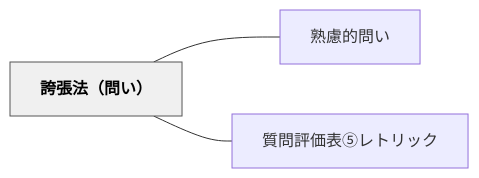
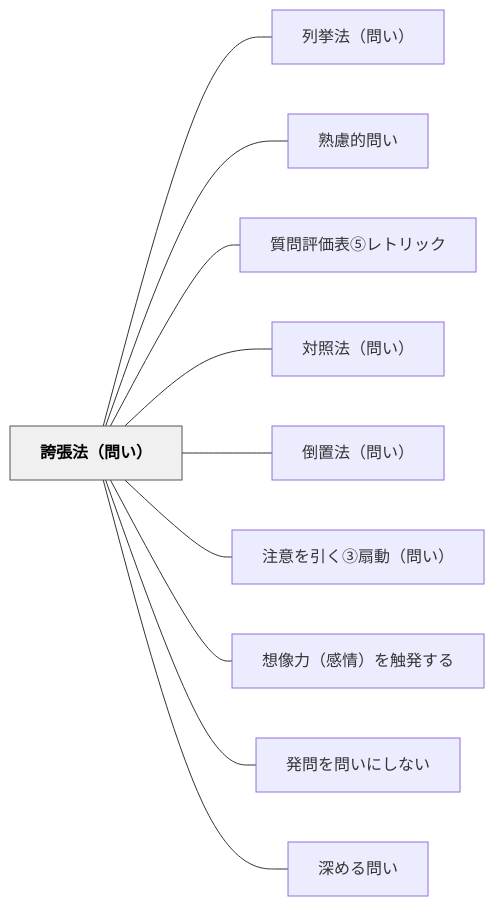
One commit to unknownthings-ed-patterns/unknownthings-ed-patterns changed the diagram in content/パタン/誇張法（問い）.md. Above: the diagram before and after it, drawn with Mermaid. The commit also changed other lines of this file and 44 other files, not shown here.

````diff
--- a/content/パタン/誇張法（問い）.md
+++ b/content/パタン/誇張法（問い）.md
@@ -47,12 +54,26 @@
 ```mermaid
 flowchart LR
     ne8aa87e5bcb5e6b395efbc88e5958fe38184efbc89["誇張法（問い）"]
+    ne58897e68c99e6b395efbc88e5958fe38184efbc89["列挙法（問い）"]
     ne7869fe685aee79a84e5958fe38184["熟慮的問い"]
     ne8b3aae5958fe8a995e4bea1e8a1a8e291a4e383ace38388e383aae38383e382af["質問評価表⑤レトリック"]
+    ne5afbee785a7e6b395efbc88e5958fe38184efbc89["対照法（問い）"]
+    ne58092e7bdaee6b395efbc88e5958fe38184efbc89["倒置法（問い）"]
+    ne6b3a8e6848fe38292e5bc95e3818fe291a2e68987e58b95efbc88e5958fe38184efbc89["注意を引く③扇動（問い）"]
+    ne683b3e5838fe58a9befbc88e6849fe68385efbc89e38292e8a7a6e799bae38199e3828b["想像力（感情）を触発する"]
+    ne799bae5958fe38292e5958fe38184e381abe38197e381aae38184["発問を問いにしない"]
+    ne6b7b1e38281e3828be5958fe38184["深める問い"]
 
+    ne8aa87e5bcb5e6b395efbc88e5958fe38184efbc89 --- ne58897e68c99e6b395efbc88e5958fe38184efbc89
     ne8aa87e5bcb5e6b395efbc88e5958fe38184efbc89 --- ne7869fe685aee79a84e5958fe38184
     ne8aa87e5bcb5e6b395efbc88e5958fe38184efbc89 --- ne8b3aae5958fe8a995e4bea1e8a1a8e291a4e383ace38388e383aae38383e382af
+    ne8aa87e5bcb5e6b395efbc88e5958fe38184efbc89 --- ne5afbee785a7e6b395efbc88e5958fe38184efbc89
+    ne8aa87e5bcb5e6b395efbc88e5958fe38184efbc89 --- ne58092e7bdaee6b395efbc88e5958fe38184efbc89
+    ne8aa87e5bcb5e6b395efbc88e5958fe38184efbc89 --- ne6b3a8e6848fe38292e5bc95e3818fe291a2e68987e58b95efbc88e5958fe38184efbc89
+    ne8aa87e5bcb5e6b395efbc88e5958fe38184efbc89 --- ne683b3e5838fe58a9befbc88e6849fe68385efbc89e38292e8a7a6e799bae38199e3828b
+    ne8aa87e5bcb5e6b395efbc88e5958fe38184efbc89 --- ne799bae5958fe38292e5958fe38184e381abe38197e381aae38184
+    ne8aa87e5bcb5e6b395efbc88e5958fe38184efbc89 --- ne6b7b1e38281e3828be5958fe38184
 
     classDef hub fill:#f0f0f0,stroke:#555,color:#000,font-weight:bold
     class ne8aa87e5bcb5e6b395efbc88e5958fe38184efbc89 hub
 ```
````
